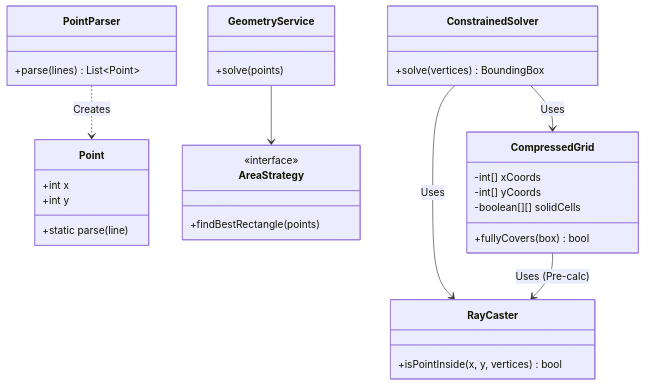
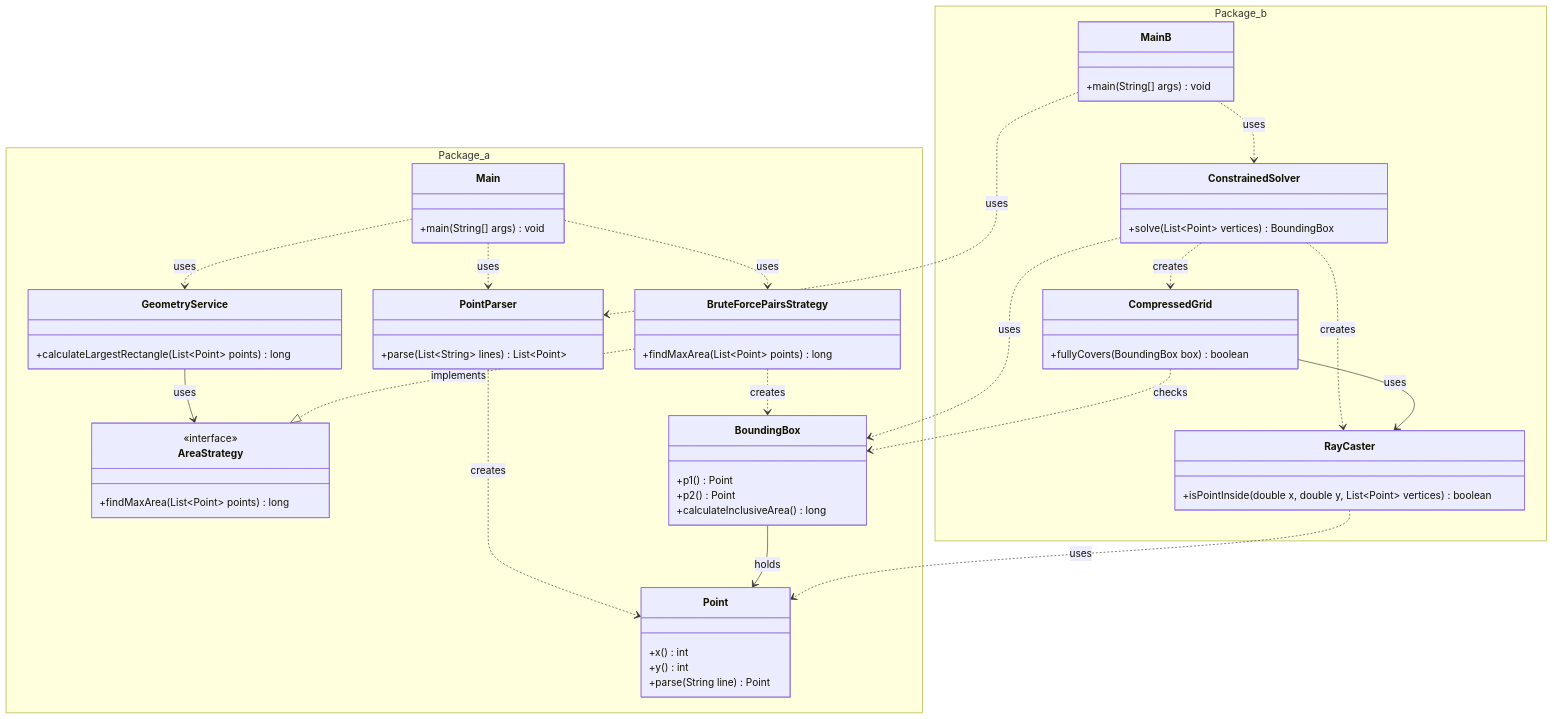
Before and after one commit to CAPi0807/AdventOfCode2025: the diagram in src/main/java/software/aoc/day09/ReadMe.md, drawn with Mermaid. The commit also changed other lines of this file and 9 other files, not shown here.

Commit message:
UML 7-12

````diff
--- a/src/main/java/software/aoc/day09/ReadMe.md
+++ b/src/main/java/software/aoc/day09/ReadMe.md
@@ -5,36 +10,86 @@
 ```mermaid
 classDiagram
+    class Main {
+        +main(String[] args) void
+    }
+
     class Point {
-        +int x
-        +int y
-        +static parse(line)
+        +x() int
+        +y() int
+        +parse(String line) Point
     }
+
     class PointParser {
-        +parse(lines) List~Point~
+        +parse(List~String~ lines) List~Point~
     }
+
     class GeometryService {
-        +solve(points)
+        +calculateLargestRectangle(List~Point~ points) long
     }
+
     class AreaStrategy {
         <<interface>>
-        +findBestRectangle(points)
-    }
-    class RayCaster {
-        +isPointInside(x, y, vertices) bool
-    }
-    class CompressedGrid {
-        -int[] xCoords
-        -int[] yCoords
-        -boolean[][] solidCells
-        +fullyCovers(box) bool
-    }
-    class ConstrainedSolver {
-        +solve(vertices) BoundingBox
+        +findMaxArea(List~Point~ points) long
     }
 
-    PointParser ..> Point : Creates
-    GeometryService --> AreaStrategy
-    ConstrainedSolver --> RayCaster : Uses
-    ConstrainedSolver --> CompressedGrid : Uses
-    CompressedGrid --> RayCaster : Uses (Pre-calc)
+    class BruteForcePairsStrategy {
+        +findMaxArea(List~Point~ points) long
+    }
+
+    class BoundingBox {
+        +p1() Point
+        +p2() Point
+        +calculateInclusiveArea() long
+    }
+
+    class MainB {
+        +main(String[] args) void
+    }
+
+    class CompressedGrid {
+        +fullyCovers(BoundingBox box) boolean
+    }
+
+    class RayCaster {
+        +isPointInside(double x, double y, List~Point~ vertices) boolean
+    }
+
+    class ConstrainedSolver {
+        +solve(List~Point~ vertices) BoundingBox
+    }
+
+    namespace Package_a {
+        class Main
+        class Point
+        class PointParser
+        class GeometryService
+        class AreaStrategy
+        class BruteForcePairsStrategy
+        class BoundingBox
+    }
+
+    namespace Package_b {
+        class MainB
+        class ConstrainedSolver
+        class CompressedGrid
+        class RayCaster
+    }
+
+    Main ..> PointParser : uses
+    Main ..> GeometryService : uses
+    Main ..> BruteForcePairsStrategy : uses
+    PointParser ..> Point : creates
+    GeometryService --> AreaStrategy : uses
+    BruteForcePairsStrategy ..|> AreaStrategy : implements
+    BruteForcePairsStrategy ..> BoundingBox : creates
+    BoundingBox --> Point : holds
+
+    MainB ..> PointParser : uses
+    MainB ..> ConstrainedSolver : uses
+    ConstrainedSolver ..> CompressedGrid : creates
+    ConstrainedSolver ..> RayCaster : creates
+    ConstrainedSolver ..> BoundingBox : uses
+    CompressedGrid --> RayCaster : uses
+    CompressedGrid ..> BoundingBox : checks
+    RayCaster ..> Point : uses
 ```
````
